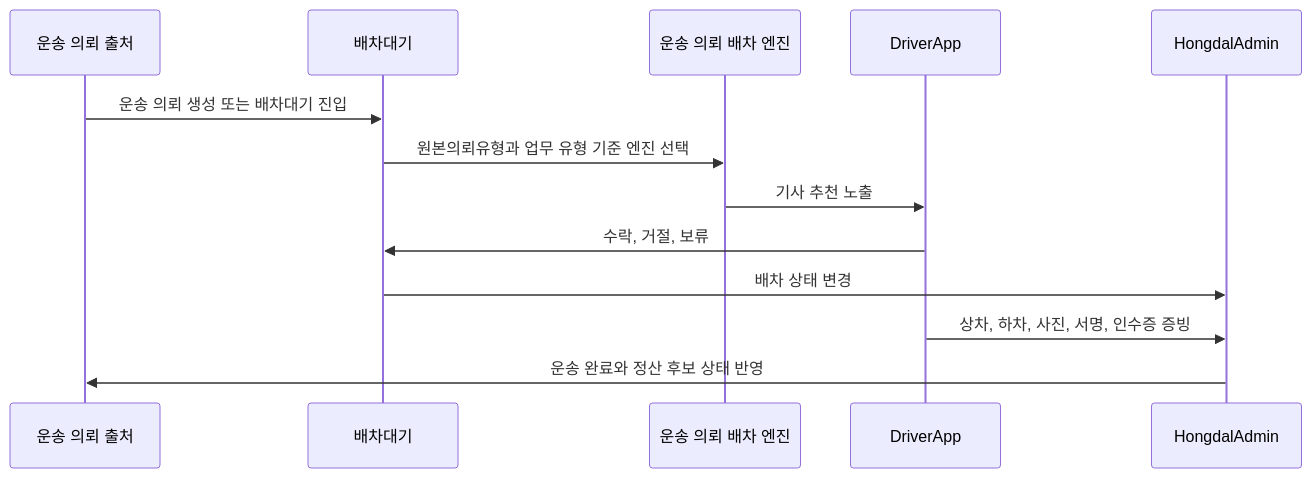
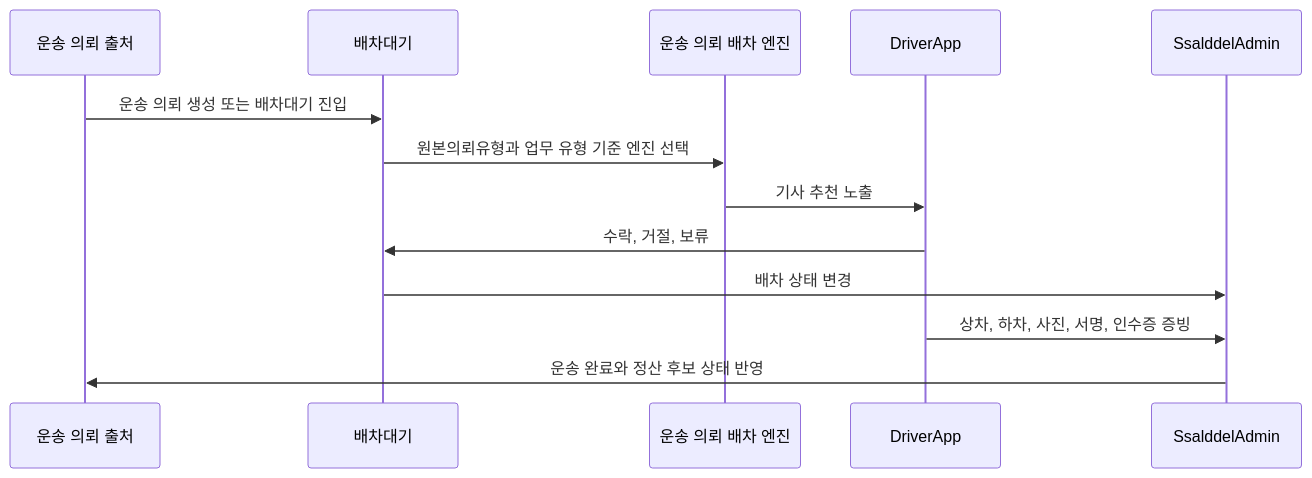
One commit to cheolwo/hongdal changed the fifth of 5 diagrams in docs/Architecture/EngineOverview.md. Above: the diagram before and after it, drawn with Mermaid. The commit also changed other lines of this file and 6611 other files, not shown here.

Commit message:
refactor: rename Hongdal to Ssalddel

````diff
--- a/docs/Architecture/EngineOverview.md
+++ b/docs/Architecture/EngineOverview.md
@@ -270,16 +270,16 @@
 ```mermaid
 sequenceDiagram
     participant Source as 운송 의뢰 출처
     participant Queue as 배차대기
     participant Engine as 운송 의뢰 배차 엔진
     participant Driver as DriverApp
-    participant Admin as HongdalAdmin
+    participant Admin as SsalddelAdmin
 
     Source->>Queue: 운송 의뢰 생성 또는 배차대기 진입
     Queue->>Engine: 원본의뢰유형과 업무 유형 기준 엔진 선택
     Engine->>Driver: 기사 추천 노출
     Driver->>Queue: 수락, 거절, 보류
     Queue->>Admin: 배차 상태 변경
     Driver->>Admin: 상차, 하차, 사진, 서명, 인수증 증빙
     Admin->>Source: 운송 완료와 정산 후보 상태 반영
 ```
````
